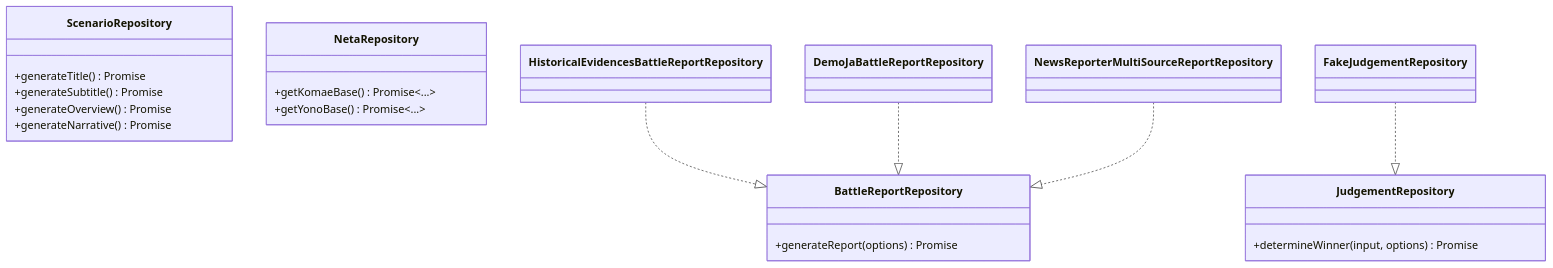
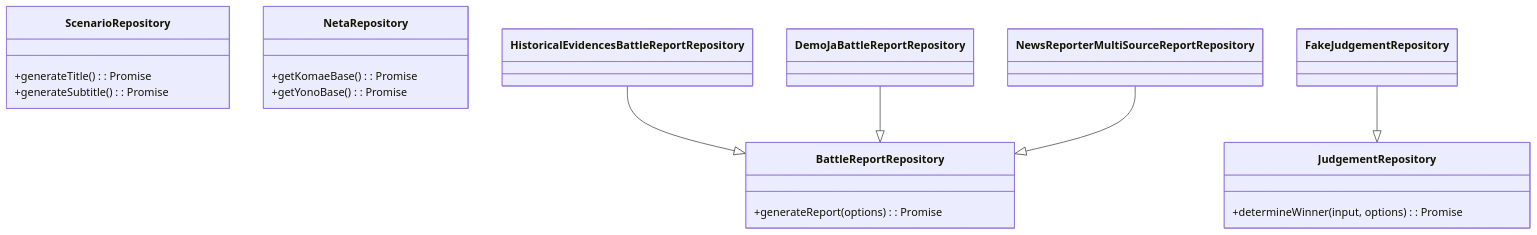
The third of 3 diagrams in docs/DEVELOPMENT_JA.md (F88/yonokomae), drawn with Mermaid before and after one commit. The commit also changed other lines of this file and 1 other file, not shown here.

````diff
--- a/docs/DEVELOPMENT_JA.md
+++ b/docs/DEVELOPMENT_JA.md
@@ -149,29 +73,22 @@
 ```mermaid
 classDiagram
-  class BattleReportRepository {
-    +generateReport(options) Promise<Battle>
-  }
-  class JudgementRepository {
-    +determineWinner(input, options) Promise<Verdict>
-  }
-  class ScenarioRepository {
-    +generateTitle() Promise<string>
-    +generateSubtitle() Promise<string>
-    +generateOverview() Promise<string>
-    +generateNarrative() Promise<string>
-  }
-  class NetaRepository {
-    +getKomaeBase() Promise<...>
-    +getYonoBase() Promise<...>
-  }
-  class HistoricalEvidencesBattleReportRepository
-  class FakeJudgementRepository
-  class DemoJaBattleReportRepository
-  class NewsReporterMultiSourceReportRepository
+    class BattleReportRepository {
+        +generateReport(options): Promise<Battle>
+    }
+    class JudgementRepository {
+        +determineWinner(input, options): Promise<Verdict>
+    }
+    class ScenarioRepository {
+        +generateTitle(): Promise<string>
+        +generateSubtitle(): Promise<string>
+    }
+    class NetaRepository {
+        +getKomaeBase(): Promise<Neta>
+        +getYonoBase(): Promise<Neta>
+    }
 
-  HistoricalEvidencesBattleReportRepository ..|> BattleReportRepository
-  DemoJaBattleReportRepository ..|> BattleReportRepository
-  NewsReporterMultiSourceReportRepository ..|> BattleReportRepository
-  FakeJudgementRepository ..|> JudgementRepository
-  %% NetaRepository は現在、random-data seeds をヘルパ関数経由で供給
+    HistoricalEvidencesBattleReportRepository --|> BattleReportRepository
+    DemoJaBattleReportRepository --|> BattleReportRepository
+    NewsReporterMultiSourceReportRepository --|> BattleReportRepository
+    FakeJudgementRepository --|> JudgementRepository
 ```
````
